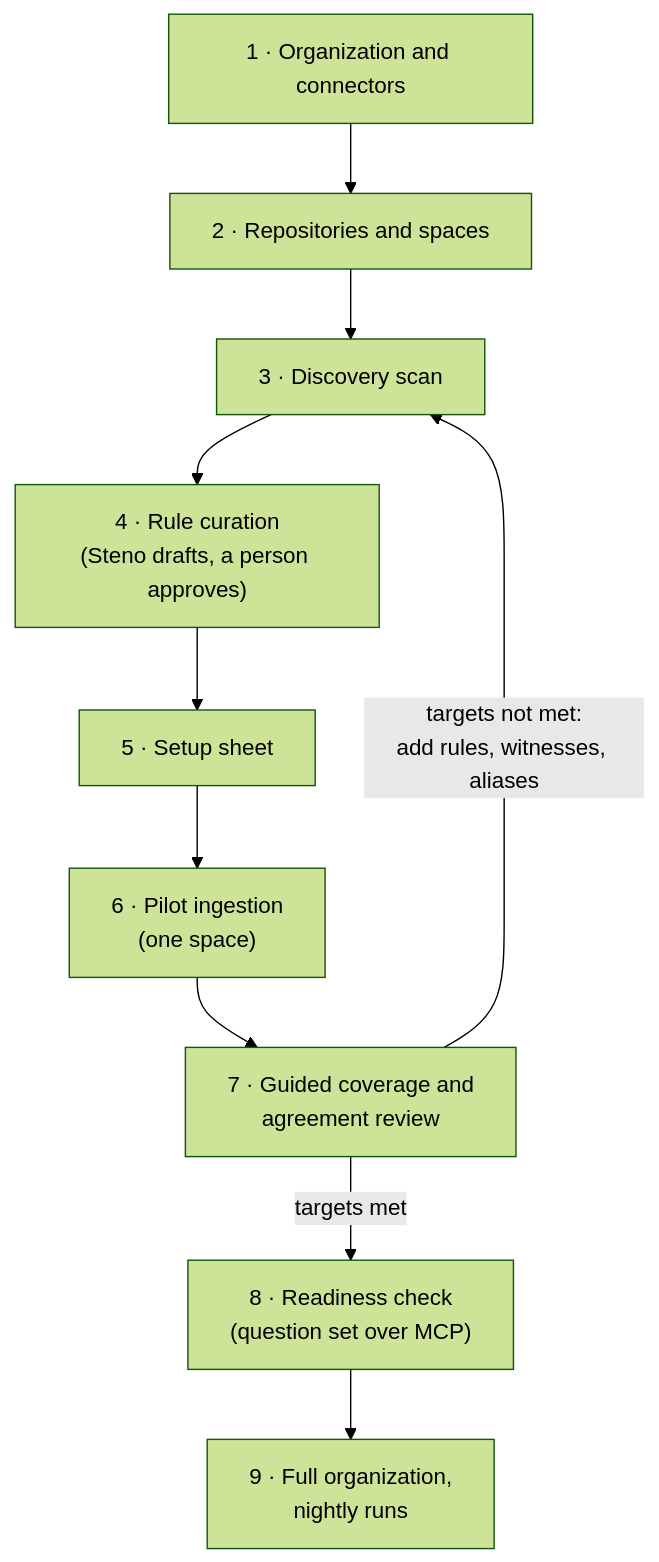
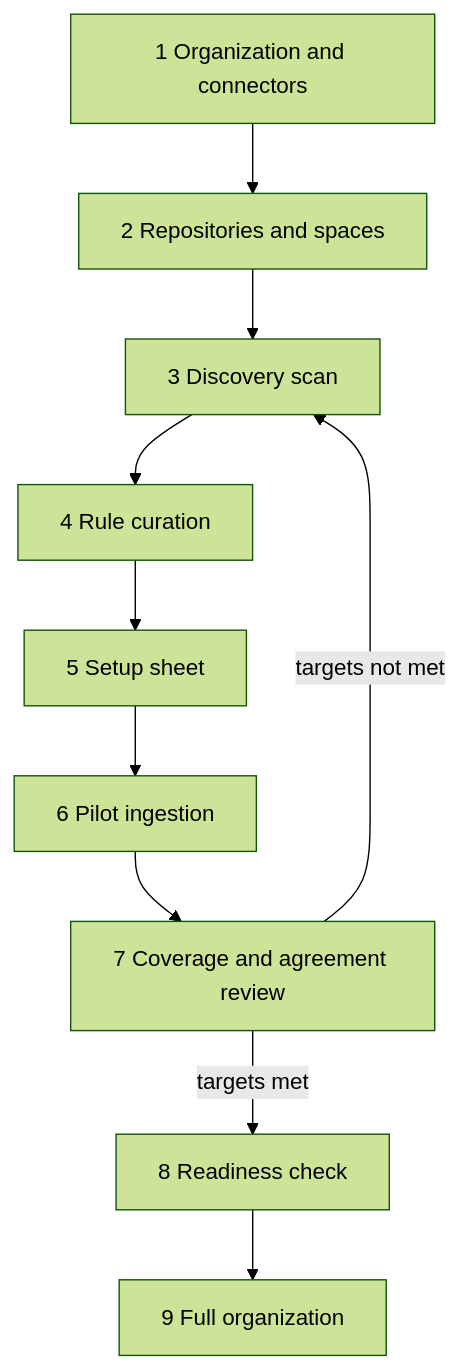
Before and after one commit to KBavis/steno: the diagram in docs/plan/onboarding.md, drawn with Mermaid (forest theme). The commit also changed other lines of this file and 35 other files, not shown here.

First line of the commit message:
docs: simplify the docs and record D150 (flows-first routing)

````diff
--- a/docs/plan/onboarding.md
+++ b/docs/plan/onboarding.md
@@ -11,12 +10,8 @@
 ```mermaid
 flowchart TD
-    S1["1 · Organization and connectors"] --> S2["2 · Repositories and spaces"]
-    S2 --> S3["3 · Discovery scan"]
-    S3 --> S4["4 · Rule curation<br/>(Steno drafts, a person approves)"]
-    S4 --> S5["5 · Setup sheet"]
-    S5 --> S6["6 · Pilot ingestion<br/>(one space)"]
-    S6 --> S7["7 · Guided coverage and<br/>agreement review"]
-    S7 -- "targets not met:<br/>add rules, witnesses, aliases" --> S3
-    S7 -- "targets met" --> S8["8 · Readiness check<br/>(question set over MCP)"]
-    S8 --> S9["9 · Full organization,<br/>nightly runs"]
+    S1["1 Organization and connectors"] --> S2["2 Repositories and spaces"]
+    S2 --> S3["3 Discovery scan"] --> S4["4 Rule curation"] --> S5["5 Setup sheet"]
+    S5 --> S6["6 Pilot ingestion"] --> S7["7 Coverage and agreement review"]
+    S7 -- "targets not met" --> S3
+    S7 -- "targets met" --> S8["8 Readiness check"] --> S9["9 Full organization"]
 ```
````
